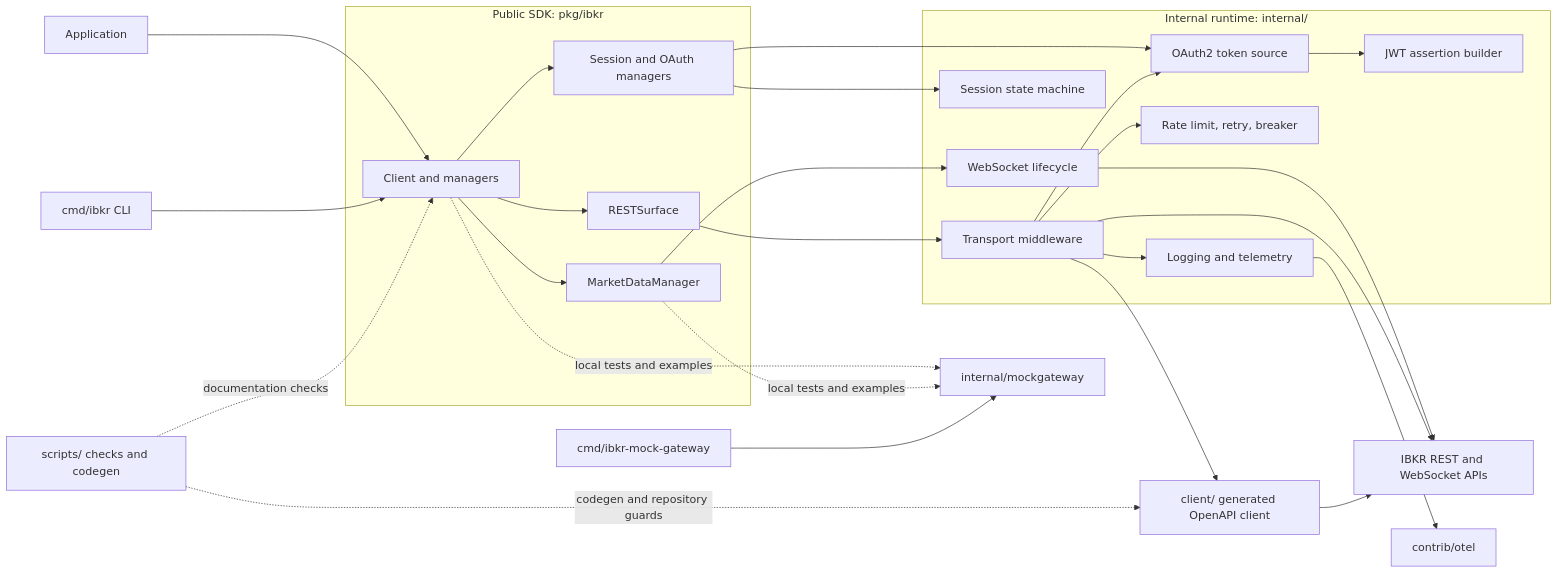
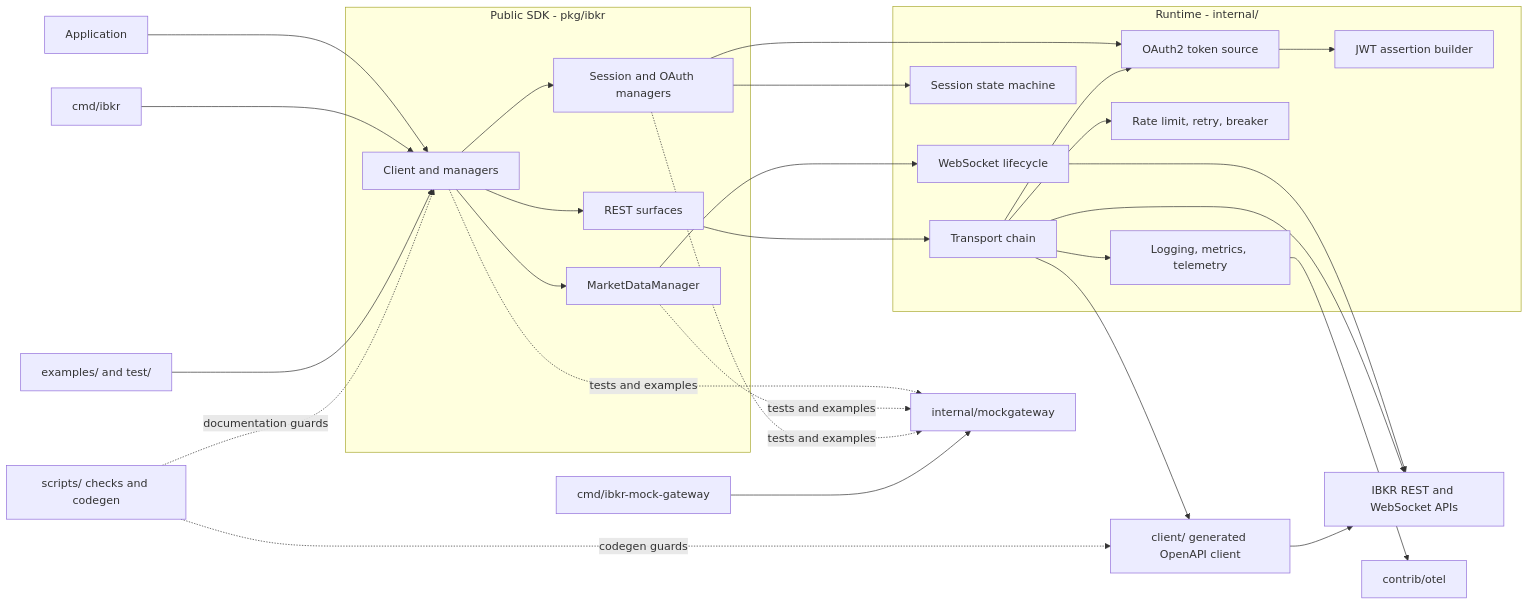
One commit to shing1211/ibkrapi4go changed the diagram in docs/ARCHITECTURE.md. Above: the diagram before and after it, drawn with Mermaid. The commit also changed other lines of this file, not shown here.

First line of the commit message:
docs: regenerate ARCHITECTURE.md from GitNexus knowledge graph

````diff
--- a/docs/ARCHITECTURE.md
+++ b/docs/ARCHITECTURE.md
@@ -74,55 +96,58 @@
 ```mermaid
 flowchart LR
     App["Application"]
-    CLI["cmd/ibkr CLI"]
+    CLI["cmd/ibkr"]
+    Ex["examples/ and test/"]
 
-    subgraph Public["Public SDK: pkg/ibkr"]
+    subgraph Public["Public SDK - pkg/ibkr"]
         Client["Client and managers"]
-        Rest["RESTSurface"]
+        Rest["REST surfaces"]
         Market["MarketDataManager"]
         Auth["Session and OAuth managers"]
     end
 
-    subgraph Runtime["Internal runtime: internal/"]
-        Transport["Transport middleware"]
+    subgraph Runtime["Runtime - internal/"]
+        Transport["Transport chain"]
         OAuth["OAuth2 token source"]
         JWT["JWT assertion builder"]
         Session["Session state machine"]
-        Resilience["Rate limit, retry, breaker"]
+        Resil["Rate limit, retry, breaker"]
         WS["WebSocket lifecycle"]
-        Obs["Logging and telemetry"]
+        Obs["Logging, metrics, telemetry"]
     end
 
     Generated["client/ generated OpenAPI client"]
     IBKR["IBKR REST and WebSocket APIs"]
     Mock["internal/mockgateway"]
     MockCLI["cmd/ibkr-mock-gateway"]
     Otel["contrib/otel"]
     Scripts["scripts/ checks and codegen"]
 
     App --> Client
     CLI --> Client
+    Ex --> Client
     Client --> Rest
     Client --> Market
     Client --> Auth
 
     Rest --> Transport
     Auth --> OAuth
     Auth --> Session
     Transport --> OAuth
-    Transport --> Resilience
+    Transport --> Resil
     Transport --> Generated
     Transport --> Obs
     Market --> WS
+    OAuth --> JWT
     WS --> IBKR
     Generated --> IBKR
     Transport --> IBKR
-    OAuth --> JWT
 
-    Client -. local tests and examples .-> Mock
-    Market -. local tests and examples .-> Mock
+    Client -. tests and examples .-> Mock
+    Market -. tests and examples .-> Mock
+    Auth -. tests and examples .-> Mock
     MockCLI --> Mock
     Obs --> Otel
-    Scripts -. codegen and repository guards .-> Generated
-    Scripts -. documentation checks .-> Client
+    Scripts -. codegen guards .-> Generated
+    Scripts -. documentation guards .-> Client
 ```
````
